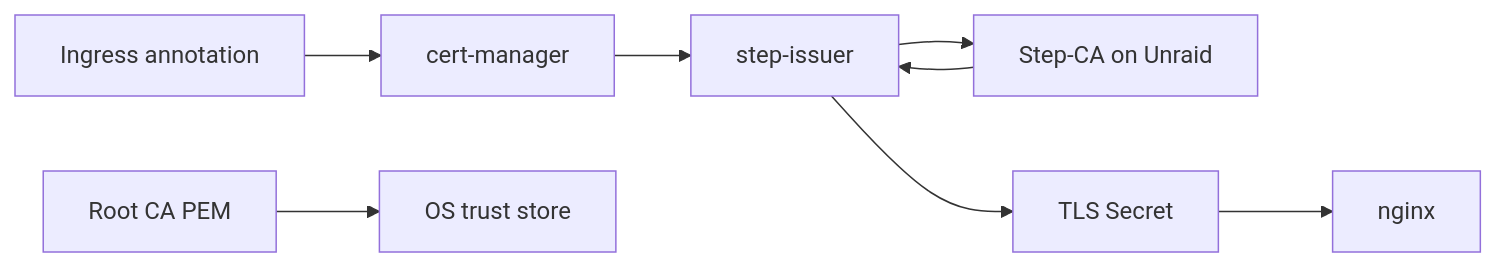
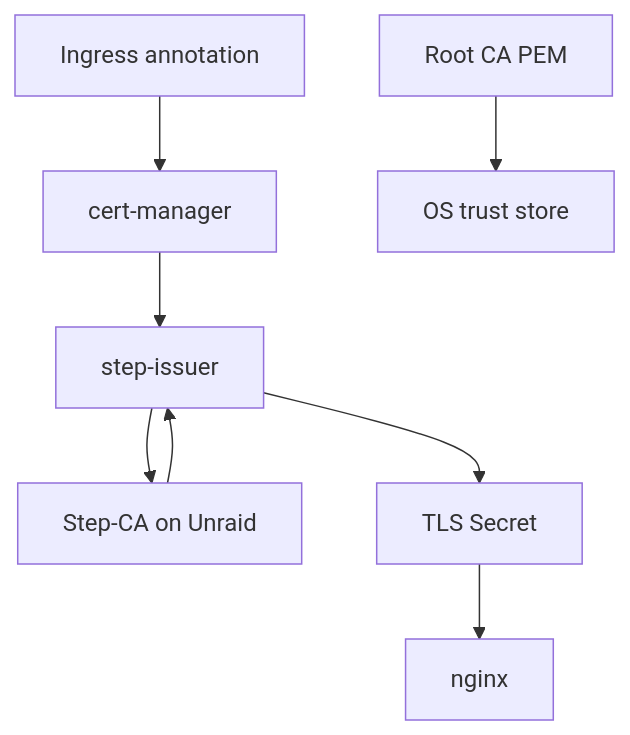
One commit to jslay88/homelab-gitops-starter changed the diagram in docs/step-ca.md. Above: the diagram before and after it, drawn with Mermaid. The commit also changed 3 other files, not shown here.

Commit message:
Stack the cluster-vs-NAS mermaid top-to-bottom so it fits the narrow docs column.

````diff
--- a/docs/step-ca.md
+++ b/docs/step-ca.md
@@ -7,10 +7,10 @@
 ```mermaid
-flowchart LR
-  Ing["Ingress annotation"] --> CM["cert-manager"]
-  CM --> SI["step-issuer"]
-  SI --> CA["Step-CA on Unraid"]
+flowchart TB
+  Ing[Ingress annotation] --> CM[cert-manager]
+  CM --> SI[step-issuer]
+  SI --> CA[Step-CA on Unraid]
   CA --> SI
-  SI --> Secret["TLS Secret"]
-  Secret --> Nginx["nginx"]
-  Root["Root CA PEM"] --> Laptop["OS trust store"]
+  SI --> Secret[TLS Secret]
+  Secret --> Nginx[nginx]
+  Root[Root CA PEM] --> Laptop[OS trust store]
 ```
````
